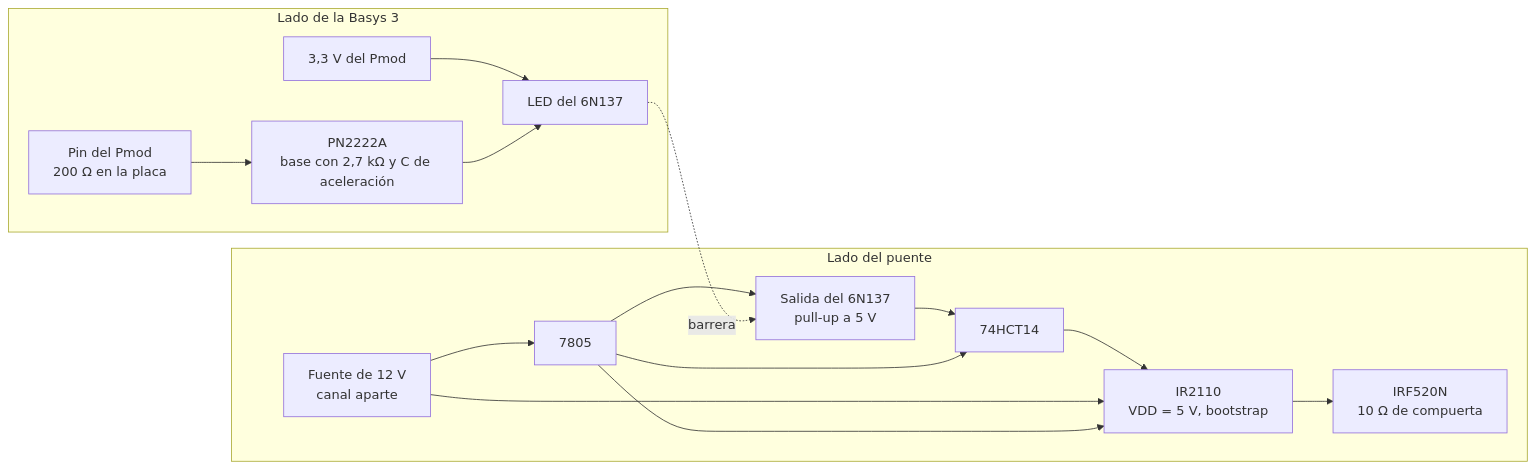
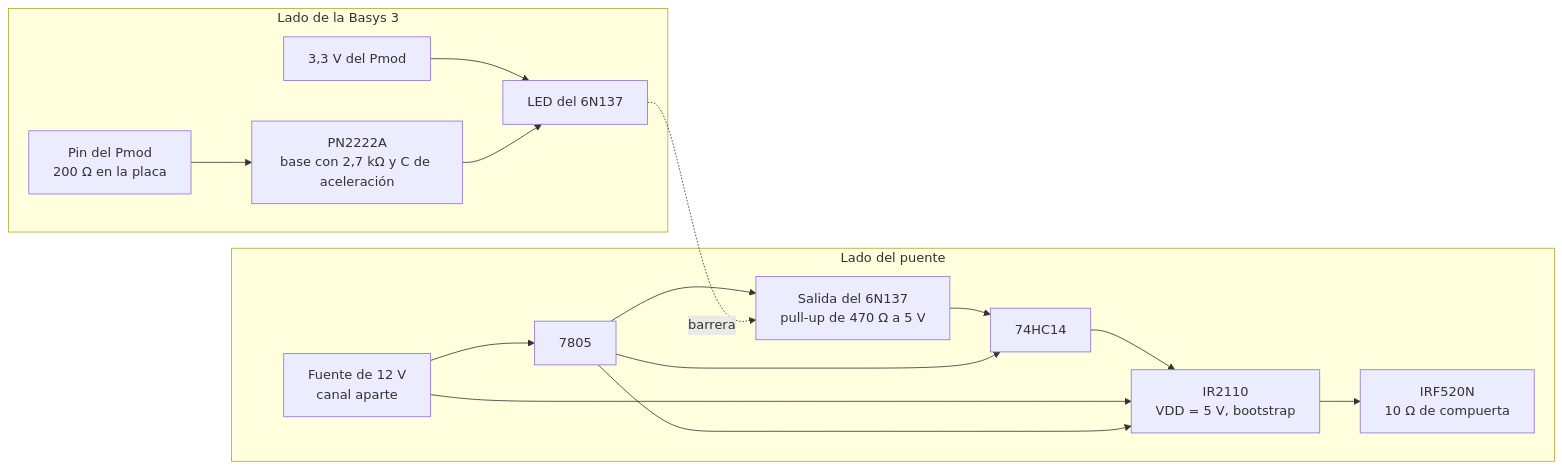
The diagram in potencia/diseno_puente_h.md (Taller-de-diseno-digital-GR01/Proyecto-4-Regulador-PR), drawn with Mermaid before and after one commit. The commit also changed other lines of this file and 2 other files, not shown here.

Commit message:
diseno_puente_h con los valores de la cadena del 6N137 y el 74HC14, y las hojas de la Basys 3 y DS181

````diff
--- a/potencia/diseno_puente_h.md
+++ b/potencia/diseno_puente_h.md
@@ -114,19 +114,19 @@
 ```mermaid
 flowchart LR
     subgraph basys["Lado de la Basys 3"]
         pin["Pin del Pmod<br/>200 Ω en la placa"] --> q["PN2222A<br/>base con 2,7 kΩ y C de aceleración"]
         v33["3,3 V del Pmod"] --> led["LED del 6N137"]
         q --> led
     end
     subgraph potencia["Lado del puente"]
-        opto["Salida del 6N137<br/>pull-up a 5 V"] --> inv["74HCT14"]
+        opto["Salida del 6N137<br/>pull-up de 470 Ω a 5 V"] --> inv["74HC14"]
         inv --> drv["IR2110<br/>VDD = 5 V, bootstrap"]
         drv --> mos["IRF520N<br/>10 Ω de compuerta"]
         v12["Fuente de 12 V<br/>canal aparte"] --> drv
         v12 --> v5["7805"]
         v5 --> opto
         v5 --> inv
         v5 --> drv
     end
     led -. barrera .-> opto
 ```
````
